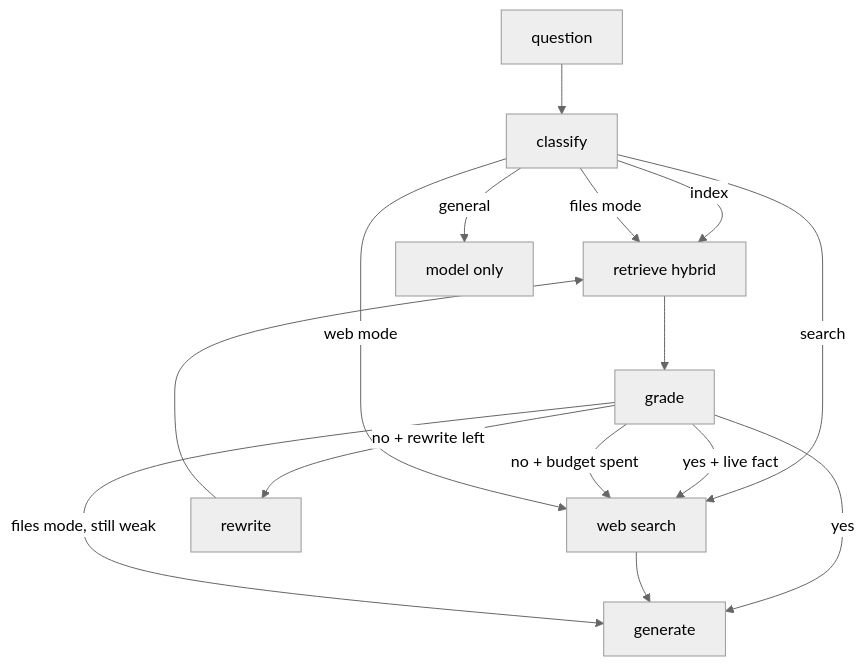
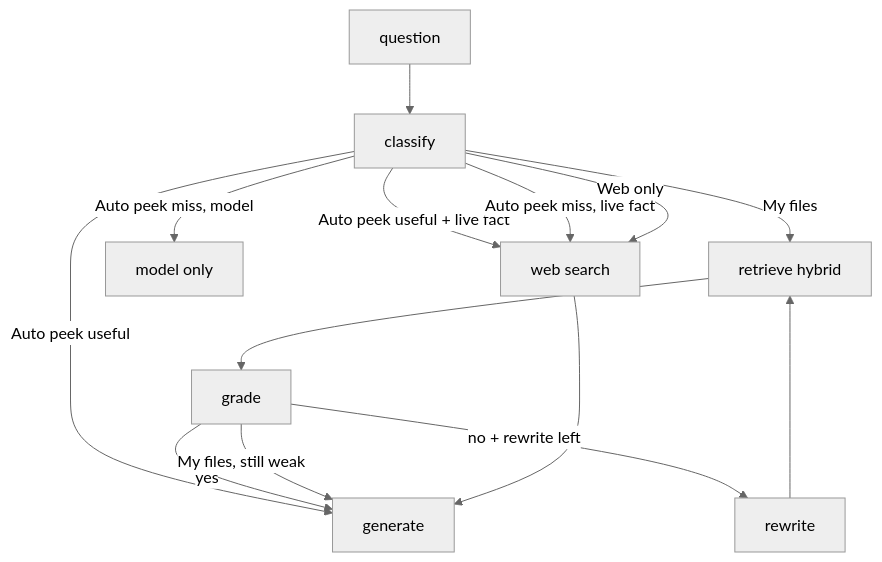
One commit to uditbh1/Adaptive-RAG changed the first of 3 diagrams in README.md. Above: the diagram before and after it, drawn with Mermaid (neutral theme). The commit also changed other lines of this file and 4 other files, not shown here.

````diff
--- a/README.md
+++ b/README.md
@@ -7,17 +7,16 @@
 ```mermaid
 flowchart TD
   Q[question] --> C[classify]
-  C -->|index| R[retrieve hybrid]
-  C -->|search| W[web search]
-  C -->|general| G[model only]
+  C -->|Auto peek useful| GEN[generate]
+  C -->|Auto peek useful + live fact| W[web search]
+  C -->|Auto peek miss, live fact| W
+  C -->|Auto peek miss, model| G[model only]
+  C -->|My files| R[retrieve hybrid]
+  C -->|Web only| W
   R --> GR[grade]
-  GR -->|yes + live fact| W
-  GR -->|yes| GEN[generate]
+  GR -->|yes| GEN
   GR -->|no + rewrite left| RW[rewrite]
   RW --> R
-  GR -->|no + budget spent| W
+  GR -->|My files, still weak| GEN
   W --> GEN
-  C -->|files mode| R
-  C -->|web mode| W
-  GR -->|files mode, still weak| GEN
 ```
````
